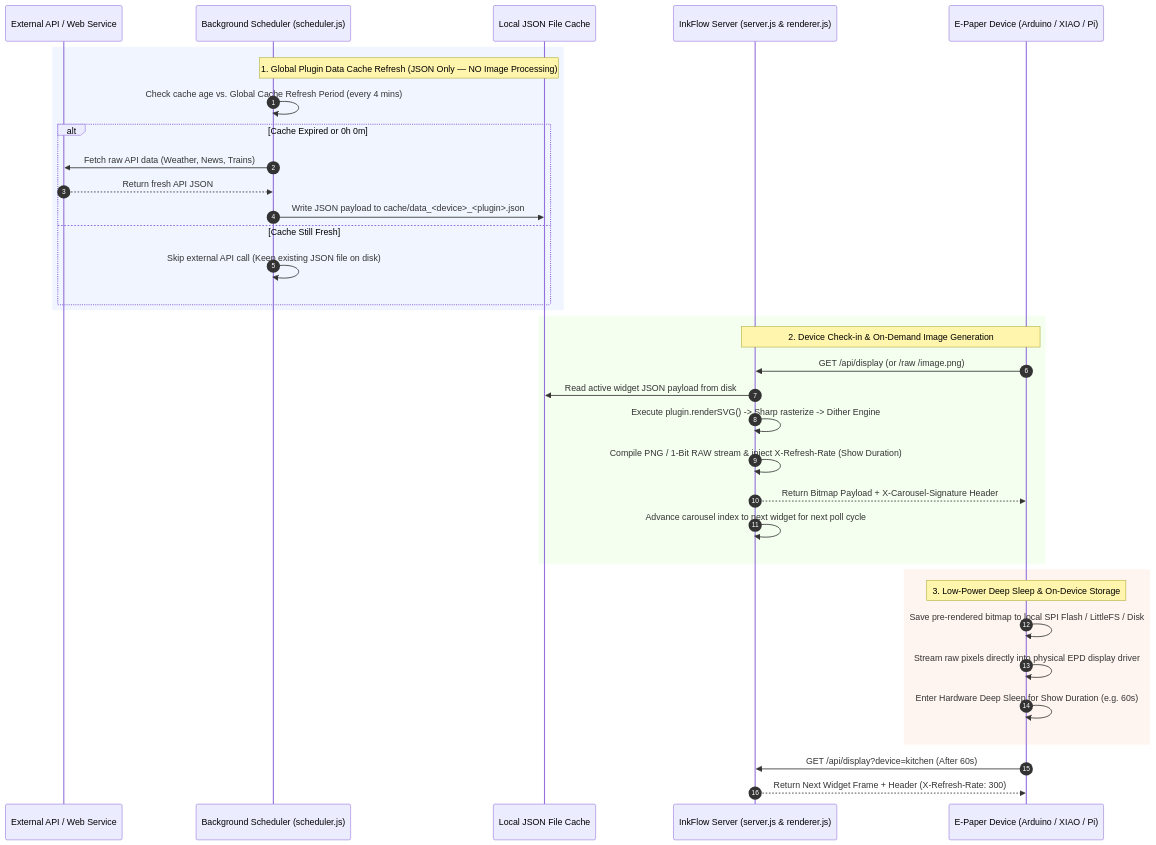
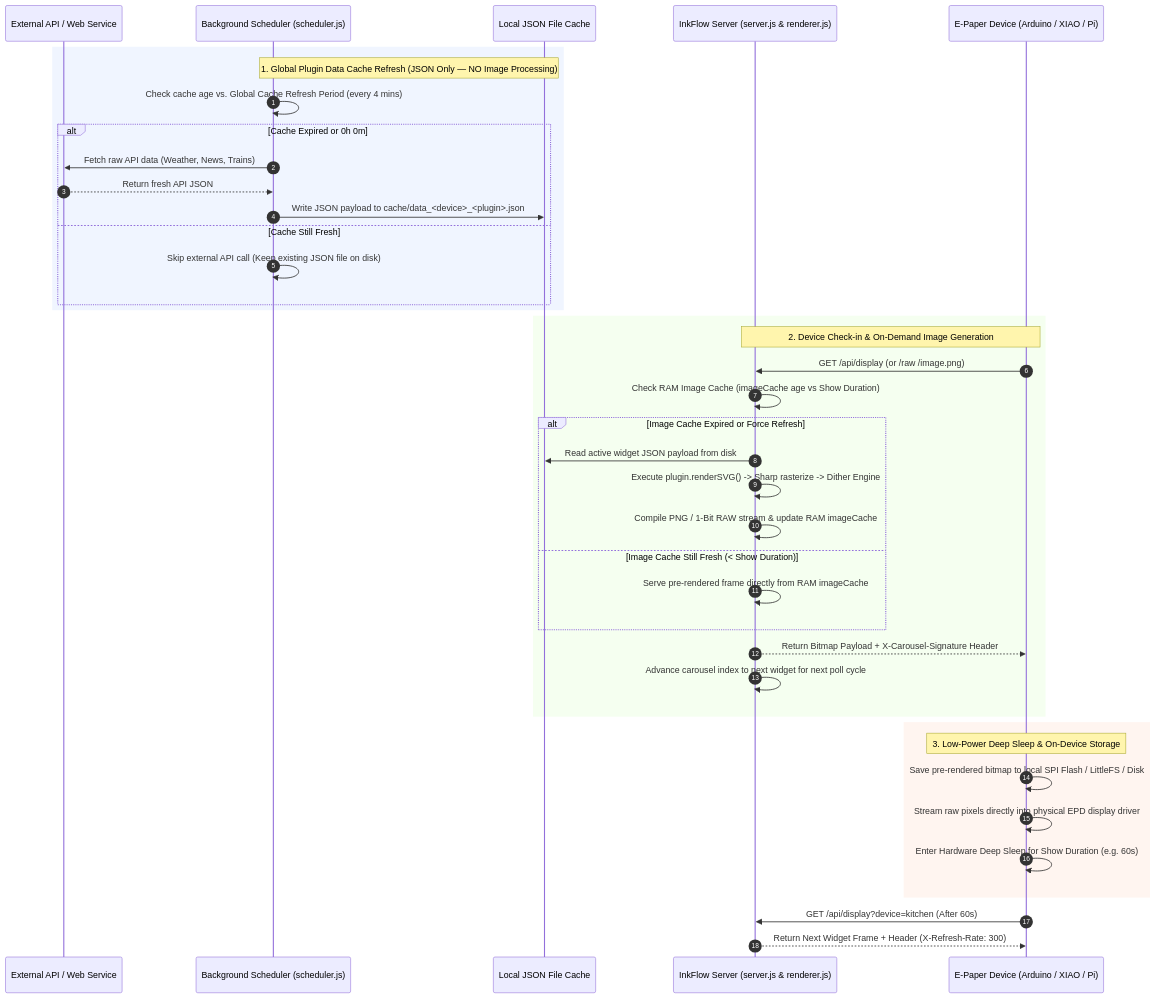
One commit to DerrickJEvans/inkflow-eink changed the second of 3 diagrams in README.md. Above: the diagram before and after it, drawn with Mermaid.

Commit message:
docs: clarify server image cache check.

````diff
--- a/README.md
+++ b/README.md
@@ -505,41 +505,46 @@
 ```mermaid
 sequenceDiagram
     autonumber
     participant App as External API / Web Service
     participant Sched as Background Scheduler (scheduler.js)
     participant Disk as Local JSON File Cache
     participant Server as InkFlow Server (server.js & renderer.js)
     participant Client as E-Paper Device (Arduino / XIAO / Pi)
 
     rect rgb(240, 245, 255)
         note over Sched,Disk: 1. Global Plugin Data Cache Refresh (JSON Only — NO Image Processing)
         Sched->>Sched: Check cache age vs. Global Cache Refresh Period (every 4 mins)
         alt Cache Expired or 0h 0m
             Sched->>App: Fetch raw API data (Weather, News, Trains)
             App-->>Sched: Return fresh API JSON
             Sched->>Disk: Write JSON payload to cache/data_<device>_<plugin>.json
         else Cache Still Fresh
             Sched->>Sched: Skip external API call (Keep existing JSON file on disk)
         end
     end
 
     rect rgb(245, 255, 240)
         note over Client,Server: 2. Device Check-in & On-Demand Image Generation
         Client->>Server: GET /api/display (or /raw /image.png)
-        Server->>Disk: Read active widget JSON payload from disk
-        Server->>Server: Execute plugin.renderSVG() -> Sharp rasterize -> Dither Engine
-        Server->>Server: Compile PNG / 1-Bit RAW stream & inject X-Refresh-Rate (Show Duration)
+        Server->>Server: Check RAM Image Cache (imageCache age vs Show Duration)
+        alt Image Cache Expired or Force Refresh
+            Server->>Disk: Read active widget JSON payload from disk
+            Server->>Server: Execute plugin.renderSVG() -> Sharp rasterize -> Dither Engine
+            Server->>Server: Compile PNG / 1-Bit RAW stream & update RAM imageCache
+        else Image Cache Still Fresh (< Show Duration)
+            Server->>Server: Serve pre-rendered frame directly from RAM imageCache
+        end
         Server-->>Client: Return Bitmap Payload + X-Carousel-Signature Header
         Server->>Server: Advance carousel index to next widget for next poll cycle
     end
 
     rect rgb(255, 245, 240)
         note over Client: 3. Low-Power Deep Sleep & On-Device Storage
         Client->>Client: Save pre-rendered bitmap to local SPI Flash / LittleFS / Disk
         Client->>Client: Stream raw pixels directly into physical EPD display driver
         Client->>Client: Enter Hardware Deep Sleep for Show Duration (e.g. 60s)
     end
 
     Client->>Server: GET /api/display?device=kitchen (After 60s)
     Server-->>Client: Return Next Widget Frame + Header (X-Refresh-Rate: 300)
 ```
````
